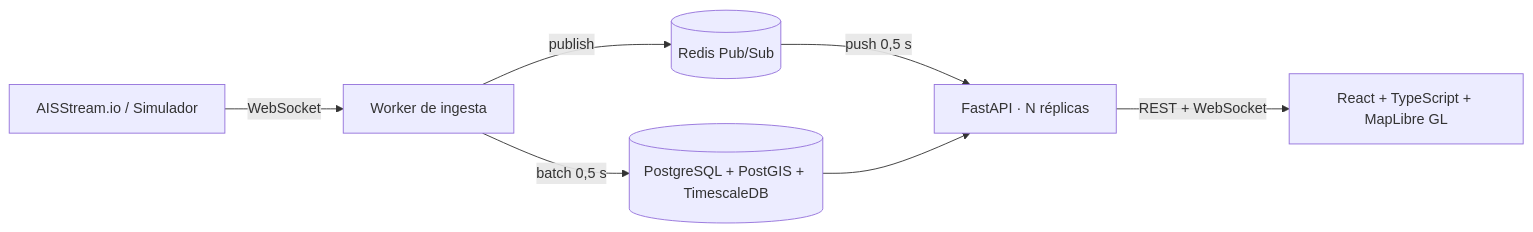
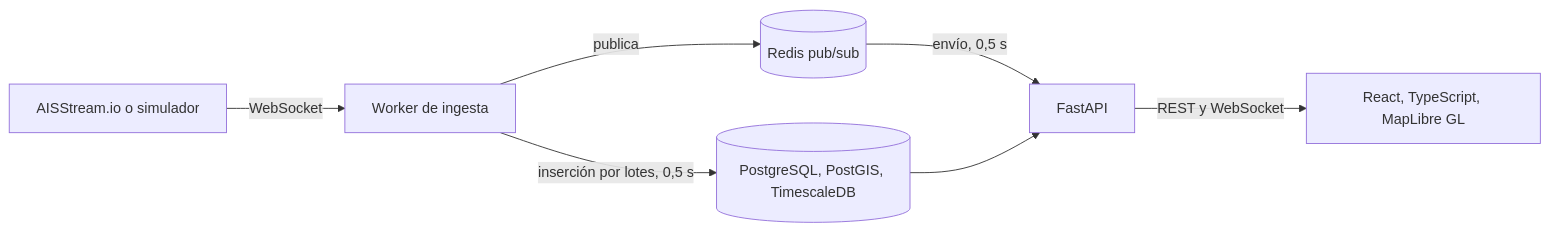
Before and after one commit to zSamir015/panama-canal-tracker: the diagram in README.es.md, drawn with Mermaid. The commit also changed other lines of this file and 11 other files, not shown here.

````diff
--- a/README.es.md
+++ b/README.es.md
@@ -96,9 +106,9 @@
 ```mermaid
 flowchart LR
-    AIS["AISStream.io / Simulador"] -->|WebSocket| W["Worker de ingesta"]
-    W -->|"batch 0,5 s"| DB[("PostgreSQL + PostGIS + TimescaleDB")]
-    W -->|"publish"| R[("Redis Pub/Sub")]
-    R -->|"push 0,5 s"| API["FastAPI · N réplicas"]
+    AIS["AISStream.io o simulador"] -->|WebSocket| W["Worker de ingesta"]
+    W -->|"inserción por lotes, 0,5 s"| DB[("PostgreSQL, PostGIS, TimescaleDB")]
+    W -->|publica| R[("Redis pub/sub")]
+    R -->|"envío, 0,5 s"| API["FastAPI"]
     DB --> API
-    API -->|"REST + WebSocket"| WEB["React + TypeScript + MapLibre GL"]
+    API -->|"REST y WebSocket"| WEB["React, TypeScript, MapLibre GL"]
 ```
````
